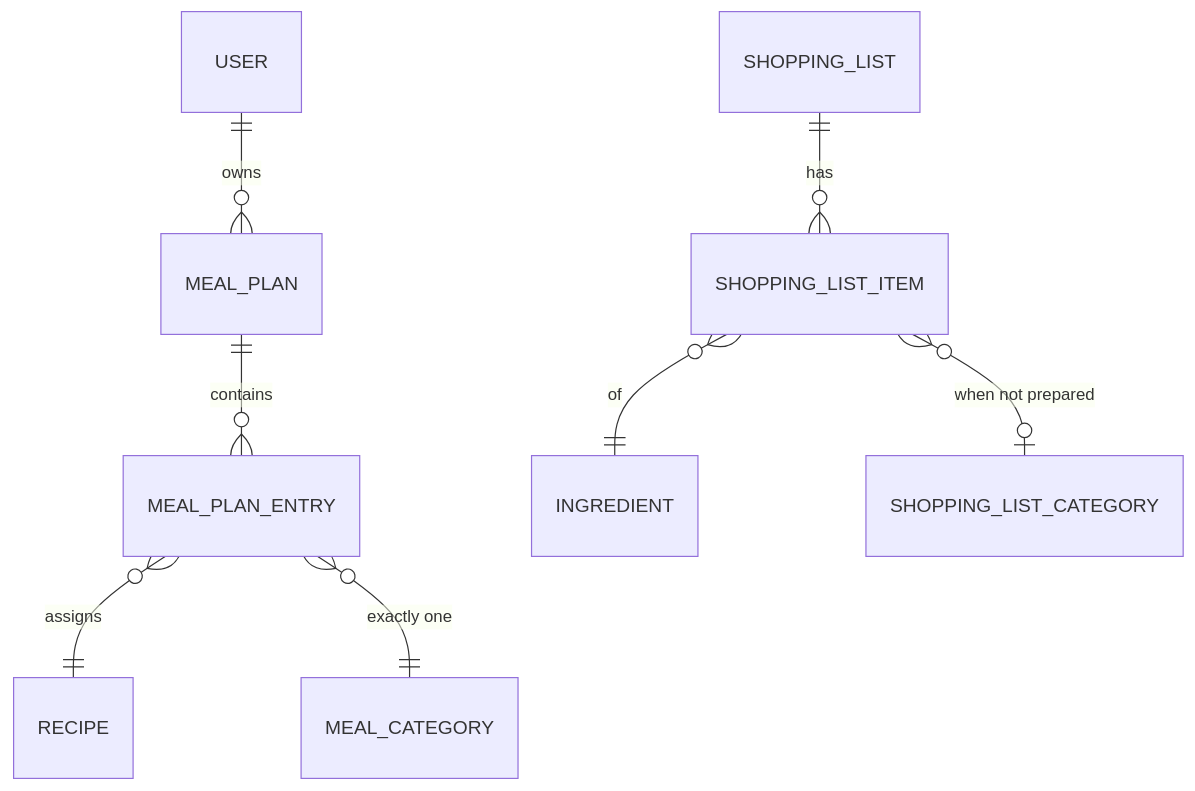
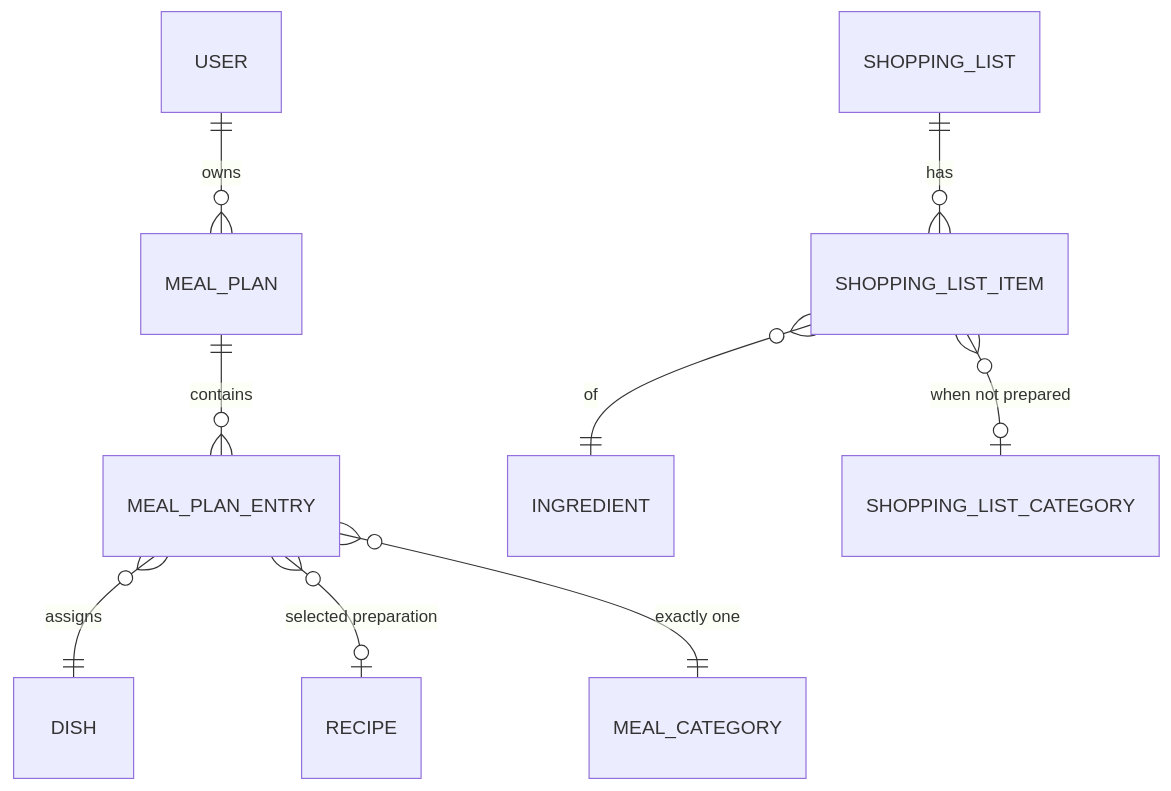
One commit to Funigun/RecipeManager changed the diagram in wiki/domain/meal-planner.md. Above: the diagram before and after it, drawn with Mermaid. The commit also changed other lines of this file and 301 other files, not shown here.

````diff
--- a/wiki/domain/meal-planner.md
+++ b/wiki/domain/meal-planner.md
@@ -16,10 +16,11 @@
 ```mermaid
 erDiagram
     USER ||--o{ MEAL_PLAN : owns
     MEAL_PLAN ||--o{ MEAL_PLAN_ENTRY : contains
-    MEAL_PLAN_ENTRY }o--|| RECIPE : assigns
+    MEAL_PLAN_ENTRY }o--|| DISH : assigns
+    MEAL_PLAN_ENTRY }o--o| RECIPE : "selected preparation"
     MEAL_PLAN_ENTRY }o--|| MEAL_CATEGORY : "exactly one"
     SHOPPING_LIST ||--o{ SHOPPING_LIST_ITEM : has
     SHOPPING_LIST_ITEM }o--|| INGREDIENT : of
     SHOPPING_LIST_ITEM }o--o| SHOPPING_LIST_CATEGORY : "when not prepared"
 ```
````
